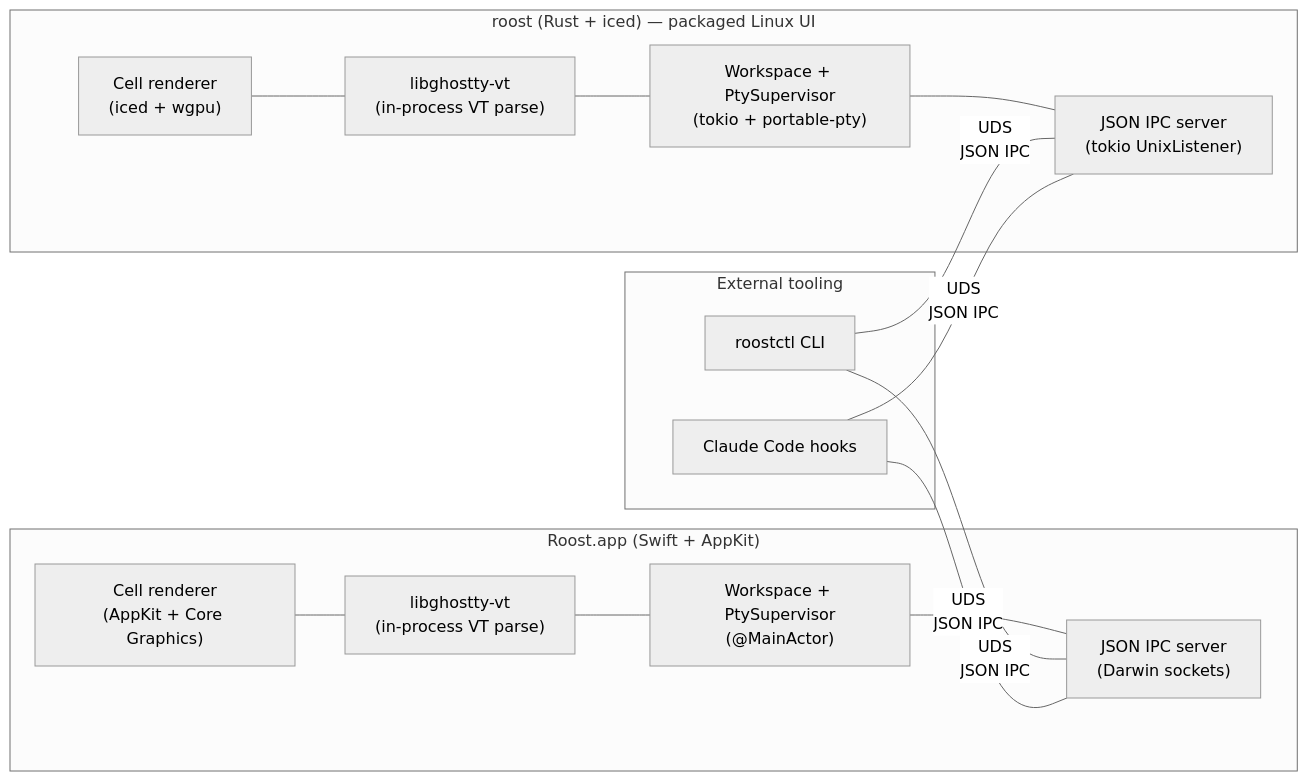
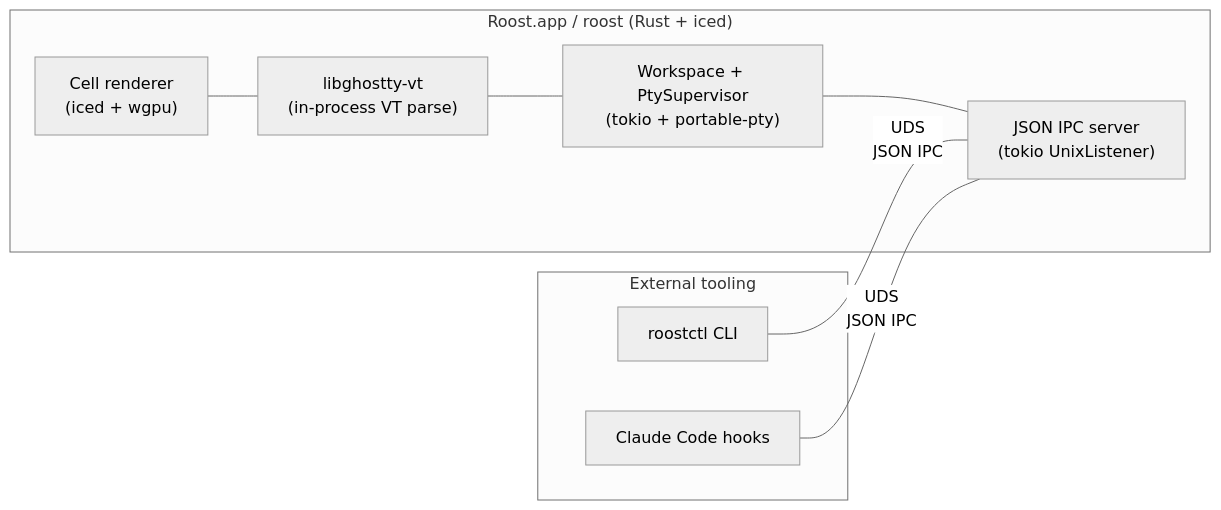
The diagram in docs/development/vision.md (charliek/roost), drawn with Mermaid (neutral theme) before and after one commit. The commit also changed other lines of this file and 37 other files, not shown here.

First line of the commit message:
docs: one desktop app; the Swift app is retired (DL-33)

````diff
--- a/docs/development/vision.md
+++ b/docs/development/vision.md
@@ -146,30 +141,19 @@
 ```mermaid
 flowchart LR
-  subgraph MacApp["Roost.app (Swift + AppKit)"]
-    macView["Cell renderer<br/>(AppKit + Core Graphics)"]
-    macVT["libghostty-vt<br/>(in-process VT parse)"]
-    macWS["Workspace + PtySupervisor<br/>(@MainActor)"]
-    macIPC["JSON IPC server<br/>(Darwin sockets)"]
-    macView --- macVT --- macWS
-    macWS --- macIPC
-  end
-
-  subgraph LinuxApp["roost (Rust + iced) — packaged Linux UI"]
-    linuxView["Cell renderer<br/>(iced + wgpu)"]
-    linuxVT["libghostty-vt<br/>(in-process VT parse)"]
-    linuxWS["Workspace + PtySupervisor<br/>(tokio + portable-pty)"]
-    linuxIPC["JSON IPC server<br/>(tokio UnixListener)"]
-    linuxView --- linuxVT --- linuxWS
-    linuxWS --- linuxIPC
+  subgraph App["Roost.app / roost (Rust + iced)"]
+    view["Cell renderer<br/>(iced + wgpu)"]
+    vt["libghostty-vt<br/>(in-process VT parse)"]
+    ws["Workspace + PtySupervisor<br/>(tokio + portable-pty)"]
+    ipc["JSON IPC server<br/>(tokio UnixListener)"]
+    view --- vt --- ws
+    ws --- ipc
   end
 
   subgraph External["External tooling"]
     roostctl["roostctl CLI"]
     claude["Claude Code hooks"]
   end
 
-  roostctl -- "UDS<br/>JSON IPC" --- macIPC
-  roostctl -- "UDS<br/>JSON IPC" --- linuxIPC
-  claude -- "UDS<br/>JSON IPC" --- macIPC
-  claude -- "UDS<br/>JSON IPC" --- linuxIPC
+  roostctl -- "UDS<br/>JSON IPC" --- ipc
+  claude -- "UDS<br/>JSON IPC" --- ipc
 ```
````
